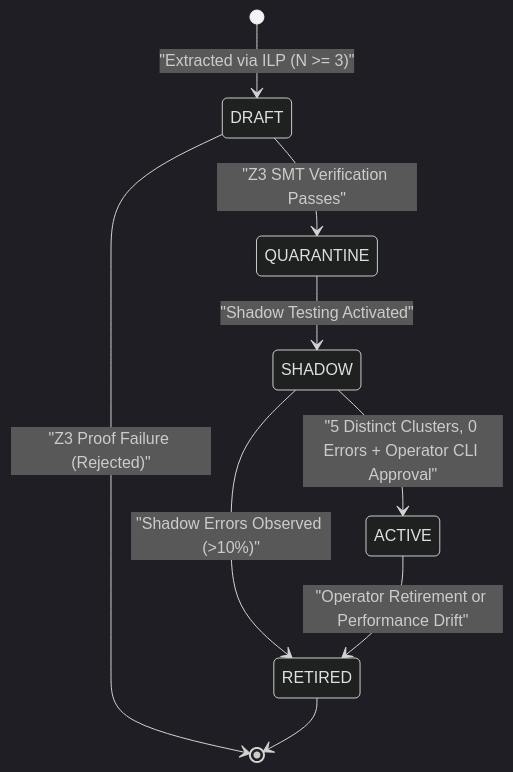
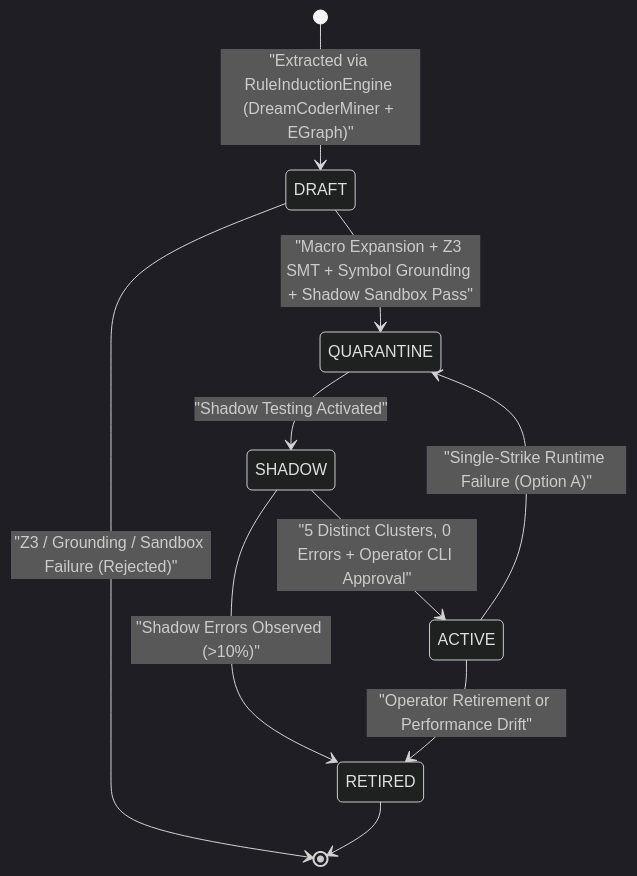
One commit to AlienatedAliens/ProjectLucca changed the third of 3 diagrams in luccadocs/subsystems/03_SYMBOLIC_REASONING_AND_VERIFICATION.md. Above: the diagram before and after it, drawn with Mermaid (dark theme). The commit also changed other lines of this file and 309 other files, not shown here.

````diff
--- a/luccadocs/subsystems/03_SYMBOLIC_REASONING_AND_VERIFICATION.md
+++ b/luccadocs/subsystems/03_SYMBOLIC_REASONING_AND_VERIFICATION.md
@@ -118,13 +119,14 @@
 ```mermaid
 stateDiagram-v2
-    [*] --> DRAFT: "Extracted via ILP (N >= 3)"
-    DRAFT --> QUARANTINE: "Z3 SMT Verification Passes"
-    DRAFT --> [*]: "Z3 Proof Failure (Rejected)"
+    [*] --> DRAFT: "Extracted via RuleInductionEngine (DreamCoderMiner + EGraph)"
+    DRAFT --> QUARANTINE: "Macro Expansion + Z3 SMT + Symbol Grounding + Shadow Sandbox Pass"
+    DRAFT --> [*]: "Z3 / Grounding / Sandbox Failure (Rejected)"
     
     QUARANTINE --> SHADOW: "Shadow Testing Activated"
     SHADOW --> ACTIVE: "5 Distinct Clusters, 0 Errors + Operator CLI Approval"
     SHADOW --> RETIRED: "Shadow Errors Observed (>10%)"
     
+    ACTIVE --> QUARANTINE: "Single-Strike Runtime Failure (Option A)"
     ACTIVE --> RETIRED: "Operator Retirement or Performance Drift"
     RETIRED --> [*]
 ```
````
